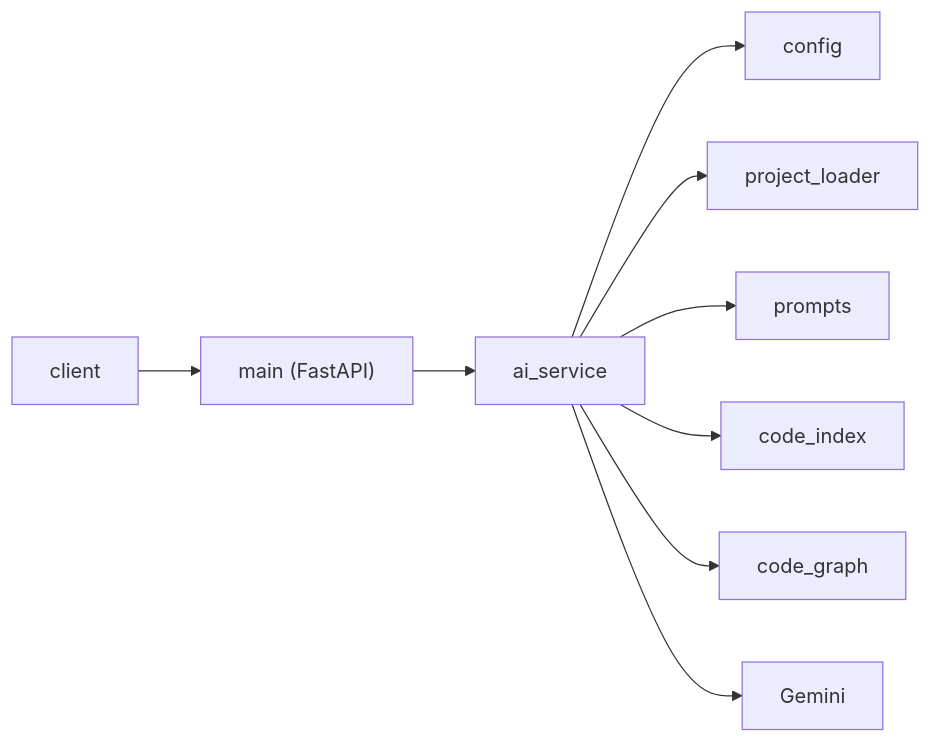
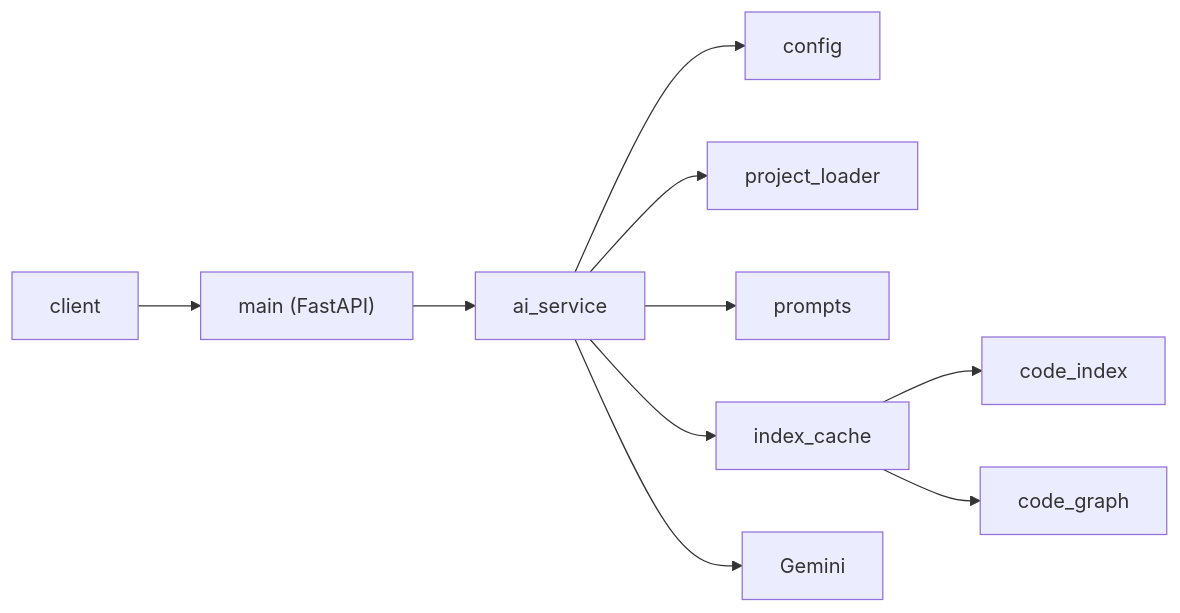
Before and after one commit to vladsocaciu1/embedded-ai-copilot: the diagram in README.md, drawn with Mermaid. The commit also changed other lines of this file and 5 other files, not shown here.

First line of the commit message:
Spec 15: index + graph cache (#15)

````diff
--- a/README.md
+++ b/README.md
@@ -11,11 +11,12 @@
 ```mermaid
 flowchart LR
     client --> main["main (FastAPI)"]
     main --> ai_service
     ai_service --> config
     ai_service --> project_loader
     ai_service --> prompts
-    ai_service --> code_index
-    ai_service --> code_graph
+    ai_service --> index_cache
+    index_cache --> code_index
+    index_cache --> code_graph
     ai_service --> Gemini
 ```
````
